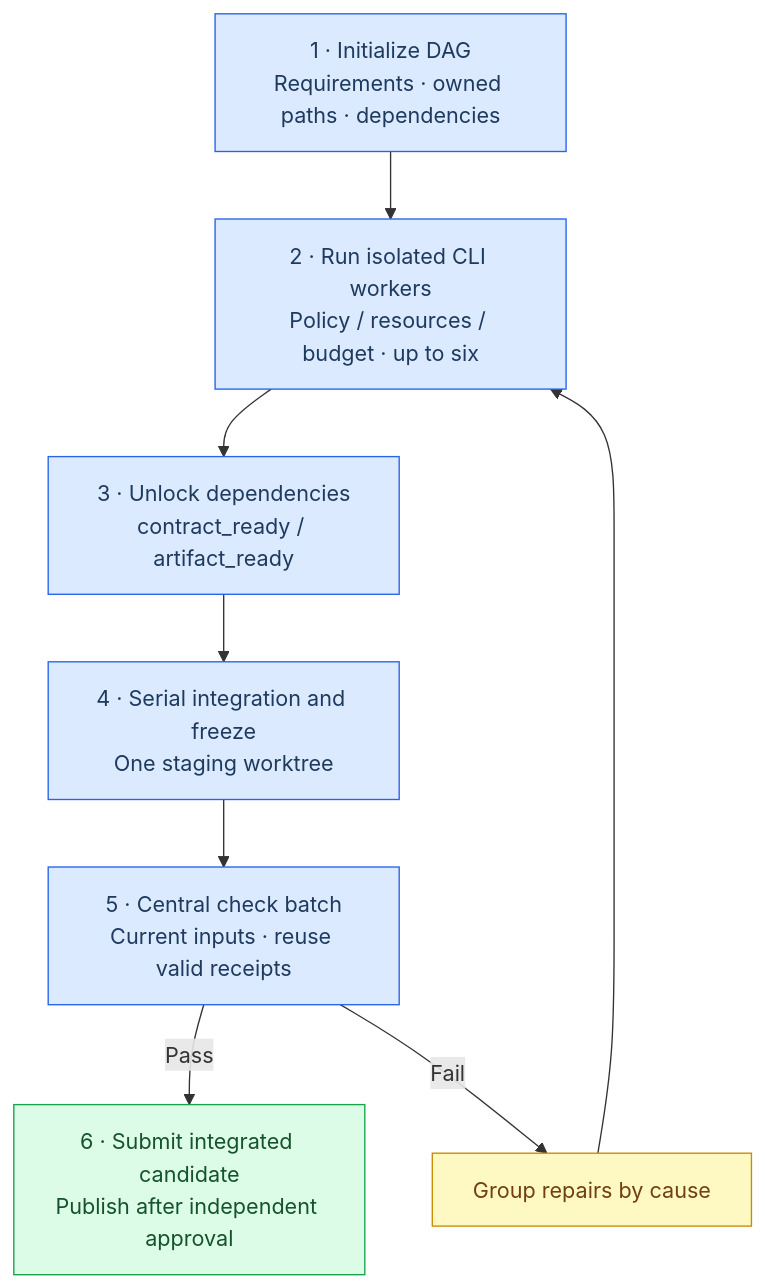
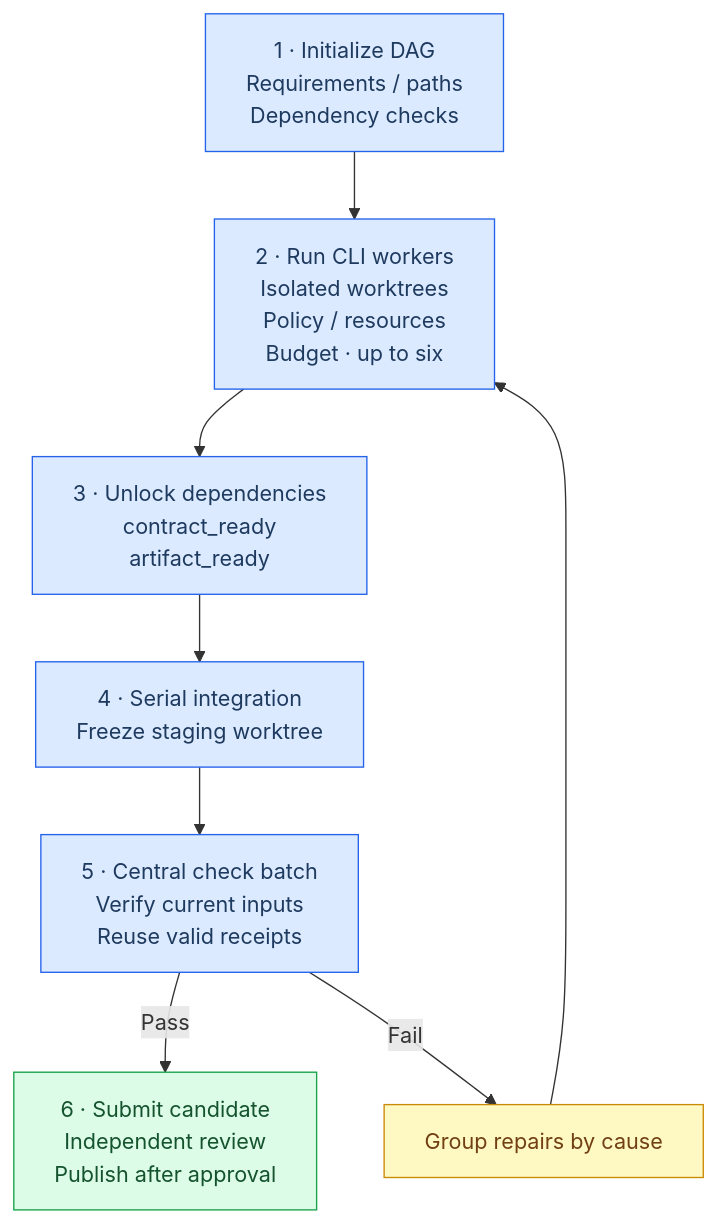
Before and after one commit to jsk1004ha/ADHD: the fifth of 5 diagrams in README_en.md, drawn with Mermaid. The commit also changed 1 other file, not shown here.

Commit message:
docs: improve DAG diagram label wrapping

````diff
--- a/README_en.md
+++ b/README_en.md
@@ -312,23 +312,23 @@
 ```mermaid
 flowchart TB
     accTitle: Large task assembly and validation
     accDescr: Requirement-bound tasks run in isolated worktrees, then merge through serial staging and a shared validation batch. Failed batches return to grouped repairs before independent acceptance.
-    initialize["1 · Initialize DAG<br/>Requirements · owned paths · dependencies"]
-    dispatch["2 · Run isolated CLI workers<br/>Policy / resources / budget · up to six"]
-    dependencies["3 · Unlock dependencies<br/>contract_ready / artifact_ready"]
-    stage["4 · Serial integration and freeze<br/>One staging worktree"]
-    batch["5 · Central check batch<br/>Current inputs · reuse valid receipts"]
+    initialize["1 · Initialize DAG<br/>Requirements / paths<br/>Dependency checks"]
+    dispatch["2 · Run CLI workers<br/>Isolated worktrees<br/>Policy / resources<br/>Budget · up to six"]
+    dependencies["3 · Unlock dependencies<br/>contract_ready<br/>artifact_ready"]
+    stage["4 · Serial integration<br/>Freeze staging worktree"]
+    batch["5 · Central check batch<br/>Verify current inputs<br/>Reuse valid receipts"]
     repairs["Group repairs by cause"]
-    candidate["6 · Submit integrated candidate<br/>Publish after independent approval"]
+    candidate["6 · Submit candidate<br/>Independent review<br/>Publish after approval"]
     initialize --> dispatch --> dependencies --> stage --> batch
     batch -->|"Pass"| candidate
     batch -->|"Fail"| repairs
     repairs --> dispatch
 
     classDef process fill:#dbeafe,stroke:#2563eb,color:#1e3a5f
     classDef warning fill:#fef9c3,stroke:#ca8a04,color:#713f12
     classDef success fill:#dcfce7,stroke:#16a34a,color:#14532d
     class initialize,dispatch,dependencies,stage,batch process
     class repairs warning
     class candidate success
 ```
````
